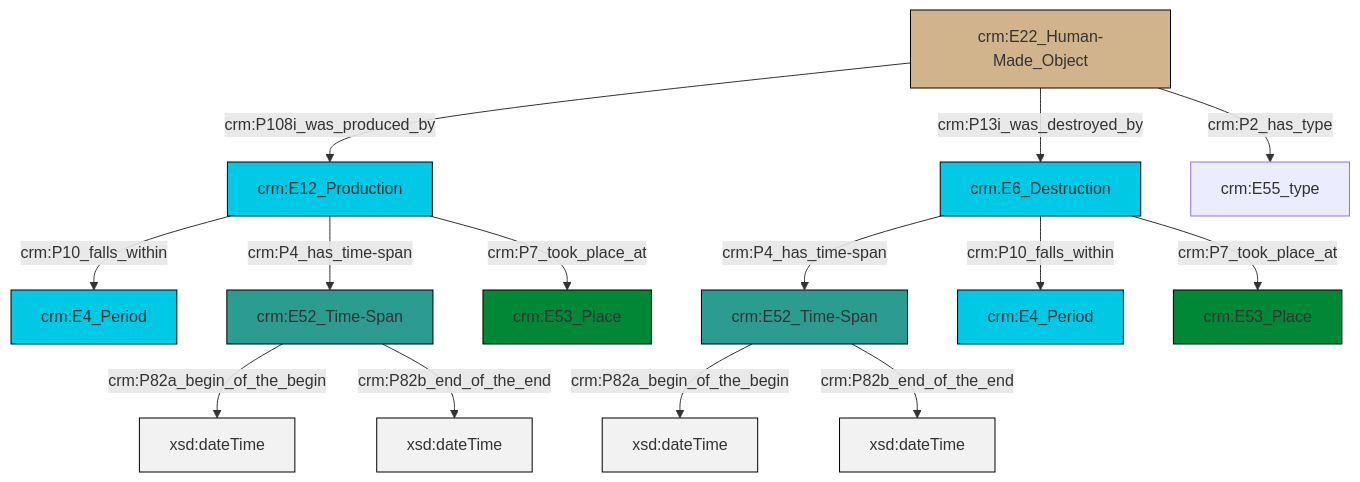
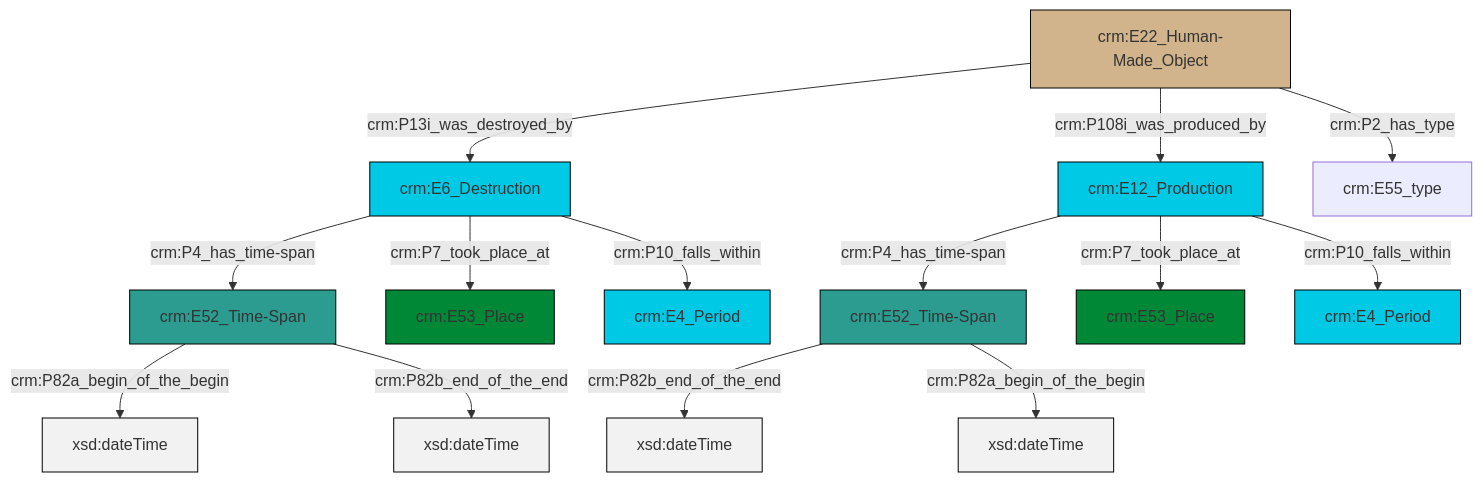
Before and after one commit to swiss-art-research-net/reference-data-models: the diagram in et/artworkCSV/ttl/mmd/Artwork_Existence.ttl.mmd, drawn with Mermaid. The commit also changed 148 other files, not shown here.

```diff
--- a/et/artworkCSV/ttl/mmd/Artwork_Existence.ttl.mmd
+++ b/et/artworkCSV/ttl/mmd/Artwork_Existence.ttl.mmd
@@ -1,28 +1,28 @@
 graph TD
 classDef Literal fill:#f2f2f2,stroke:#000000;
 classDef CRM_Entity fill:#FFFFFF,stroke:#000000;
 classDef Temporal_Entity fill:#00C9E6, stroke:#000000;
 classDef Type fill:#E18312, stroke:#000000;
 classDef Time-Span fill:#2C9C91, stroke:#000000;
 classDef Appellation fill:#FFEB7F, stroke:#000000;
 classDef Place fill:#008836, stroke:#000000;
 classDef Persistent_Item fill:#B266B2, stroke:#000000;
 classDef Conceptual_Object fill:#FFD700, stroke:#000000;
 classDef Physical_Thing fill:#D2B48C, stroke:#000000;
 classDef Actor fill:#f58aad, stroke:#000000;
 classDef PC_Classes fill:#4ce600, stroke:#000000;
 classDef Multi fill:#cccccc,stroke:#000000;
 
-0["crm:E52_Time-Span"]:::Time-Span -->|crm:P82a_begin_of_the_begin| 1[xsd:dateTime]:::Literal
-4["crm:E6_Destruction"]:::Temporal_Entity -->|crm:P4_has_time-span| 5["crm:E52_Time-Span"]:::Time-Span
-2["crm:E22_Human-Made_Object"]:::Physical_Thing -->|crm:P108i_was_produced_by| 6["crm:E12_Production"]:::Temporal_Entity
-5["crm:E52_Time-Span"]:::Time-Span -->|crm:P82a_begin_of_the_begin| 7[xsd:dateTime]:::Literal
-0["crm:E52_Time-Span"]:::Time-Span -->|crm:P82b_end_of_the_end| 8[xsd:dateTime]:::Literal
-4["crm:E6_Destruction"]:::Temporal_Entity -->|crm:P10_falls_within| 13["crm:E4_Period"]:::Temporal_Entity
-4["crm:E6_Destruction"]:::Temporal_Entity -->|crm:P7_took_place_at| 14["crm:E53_Place"]:::Place
-6["crm:E12_Production"]:::Temporal_Entity -->|crm:P10_falls_within| 11["crm:E4_Period"]:::Temporal_Entity
-2["crm:E22_Human-Made_Object"]:::Physical_Thing -->|crm:P13i_was_destroyed_by| 4["crm:E6_Destruction"]:::Temporal_Entity
-5["crm:E52_Time-Span"]:::Time-Span -->|crm:P82b_end_of_the_end| 19[xsd:dateTime]:::Literal
-6["crm:E12_Production"]:::Temporal_Entity -->|crm:P4_has_time-span| 0["crm:E52_Time-Span"]:::Time-Span
-6["crm:E12_Production"]:::Temporal_Entity -->|crm:P7_took_place_at| 20["crm:E53_Place"]:::Place
-2["crm:E22_Human-Made_Object"]:::Physical_Thing -->|crm:P2_has_type| 17["crm:E55_type"]:::Default
+0["crm:E12_Production"]:::Temporal_Entity -->|crm:P4_has_time-span| 1["crm:E52_Time-Span"]:::Time-Span
+2["crm:E22_Human-Made_Object"]:::Physical_Thing -->|crm:P13i_was_destroyed_by| 3["crm:E6_Destruction"]:::Temporal_Entity
+4["crm:E52_Time-Span"]:::Time-Span -->|crm:P82a_begin_of_the_begin| 5[xsd:dateTime]:::Literal
+0["crm:E12_Production"]:::Temporal_Entity -->|crm:P7_took_place_at| 6["crm:E53_Place"]:::Place
+2["crm:E22_Human-Made_Object"]:::Physical_Thing -->|crm:P108i_was_produced_by| 0["crm:E12_Production"]:::Temporal_Entity
+3["crm:E6_Destruction"]:::Temporal_Entity -->|crm:P4_has_time-span| 4["crm:E52_Time-Span"]:::Time-Span
+3["crm:E6_Destruction"]:::Temporal_Entity -->|crm:P7_took_place_at| 9["crm:E53_Place"]:::Place
+4["crm:E52_Time-Span"]:::Time-Span -->|crm:P82b_end_of_the_end| 13[xsd:dateTime]:::Literal
+0["crm:E12_Production"]:::Temporal_Entity -->|crm:P10_falls_within| 7["crm:E4_Period"]:::Temporal_Entity
+1["crm:E52_Time-Span"]:::Time-Span -->|crm:P82b_end_of_the_end| 17[xsd:dateTime]:::Literal
+2["crm:E22_Human-Made_Object"]:::Physical_Thing -->|crm:P2_has_type| 11["crm:E55_type"]:::Default
+1["crm:E52_Time-Span"]:::Time-Span -->|crm:P82a_begin_of_the_begin| 20[xsd:dateTime]:::Literal
+3["crm:E6_Destruction"]:::Temporal_Entity -->|crm:P10_falls_within| 14["crm:E4_Period"]:::Temporal_Entity
```
